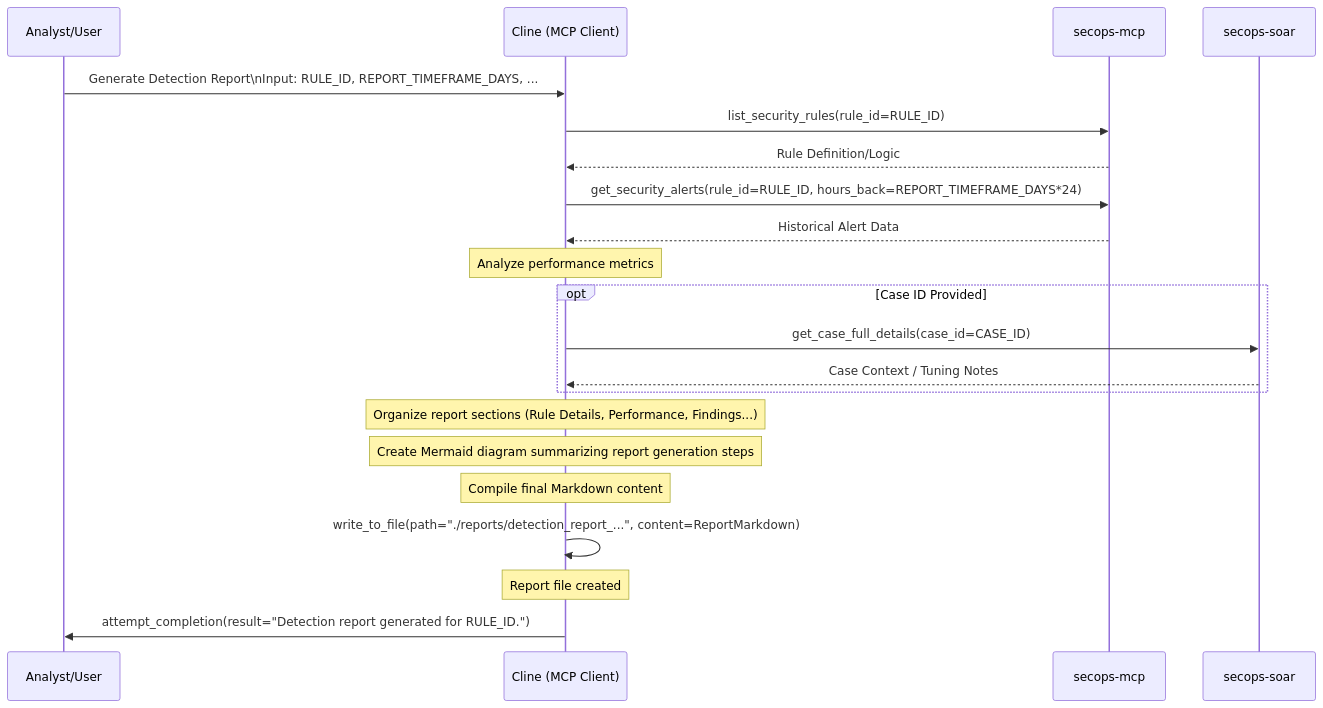
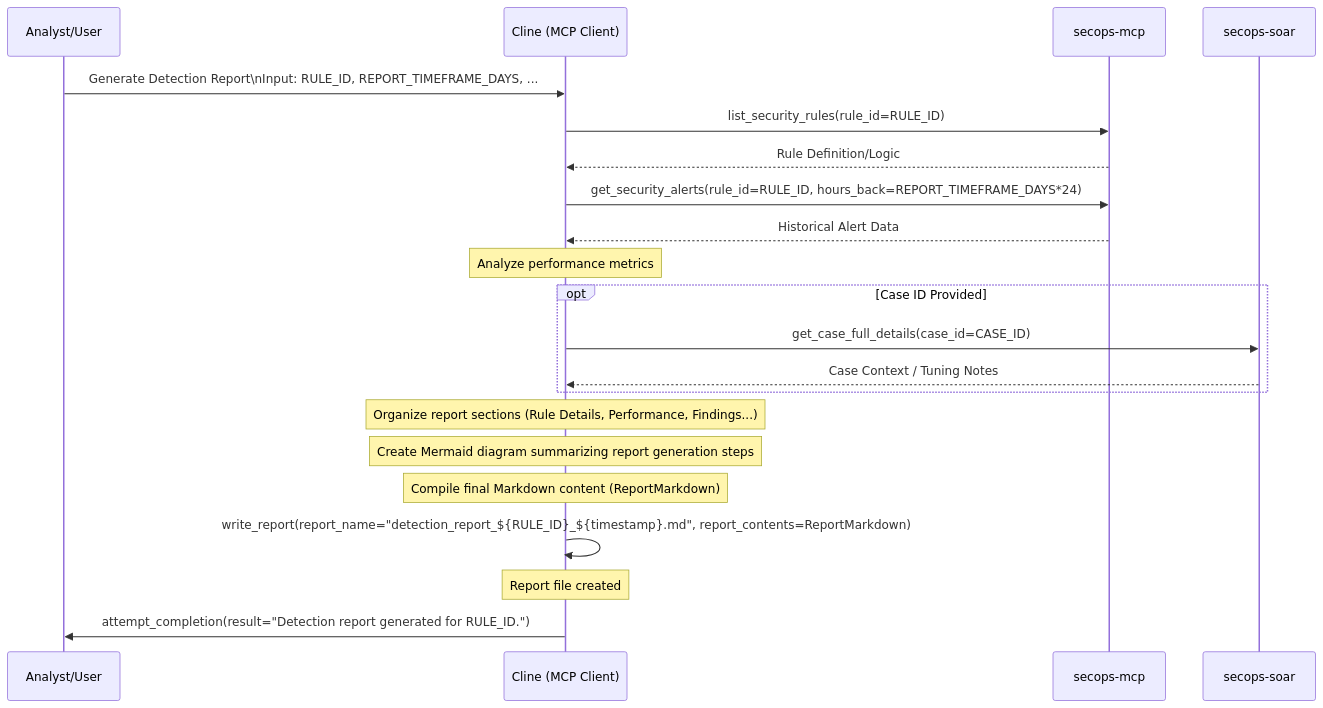
The diagram in rules-bank/run_books/detection_report.md (dandye/adk_runbooks), drawn with Mermaid before and after one commit. The commit also changed other lines of this file and 18 other files, not shown here.

Commit message:
write_to_file -> write_report

````diff
--- a/rules-bank/run_books/detection_report.md
+++ b/rules-bank/run_books/detection_report.md
@@ -33,36 +33,36 @@
 ```{mermaid}
 sequenceDiagram
     participant Analyst/User
     participant Cline as Cline (MCP Client)
     participant SIEM as secops-mcp
     participant SOAR as secops-soar
 
     Analyst/User->>Cline: Generate Detection Report\nInput: RULE_ID, REPORT_TIMEFRAME_DAYS, ...
 
     %% Step 1: Gather Rule Details
     Cline->>SIEM: list_security_rules(rule_id=RULE_ID)
     SIEM-->>Cline: Rule Definition/Logic
 
     %% Step 2: Gather Performance Data
     Cline->>SIEM: get_security_alerts(rule_id=RULE_ID, hours_back=REPORT_TIMEFRAME_DAYS*24)
     SIEM-->>Cline: Historical Alert Data
     Note over Cline: Analyze performance metrics
 
     %% Step 3: Gather Context (Optional)
     opt Case ID Provided
         Cline->>SOAR: get_case_full_details(case_id=CASE_ID)
         SOAR-->>Cline: Case Context / Tuning Notes
     end
 
     %% Step 4 & 5: Structure Report & Generate Diagram
     Note over Cline: Organize report sections (Rule Details, Performance, Findings...)
     Note over Cline: Create Mermaid diagram summarizing report generation steps
 
     %% Step 6 & 7: Format & Write Report
-    Note over Cline: Compile final Markdown content
-    Cline->>Cline: write_to_file(path="./reports/detection_report_...", content=ReportMarkdown)
+    Note over Cline: Compile final Markdown content (ReportMarkdown)
+    Cline->>Cline: write_report(report_name="detection_report_${RULE_ID}_${timestamp}.md", report_contents=ReportMarkdown)
     Note over Cline: Report file created
 
     Cline->>Analyst/User: attempt_completion(result="Detection report generated for RULE_ID.")
 
 ```
````
